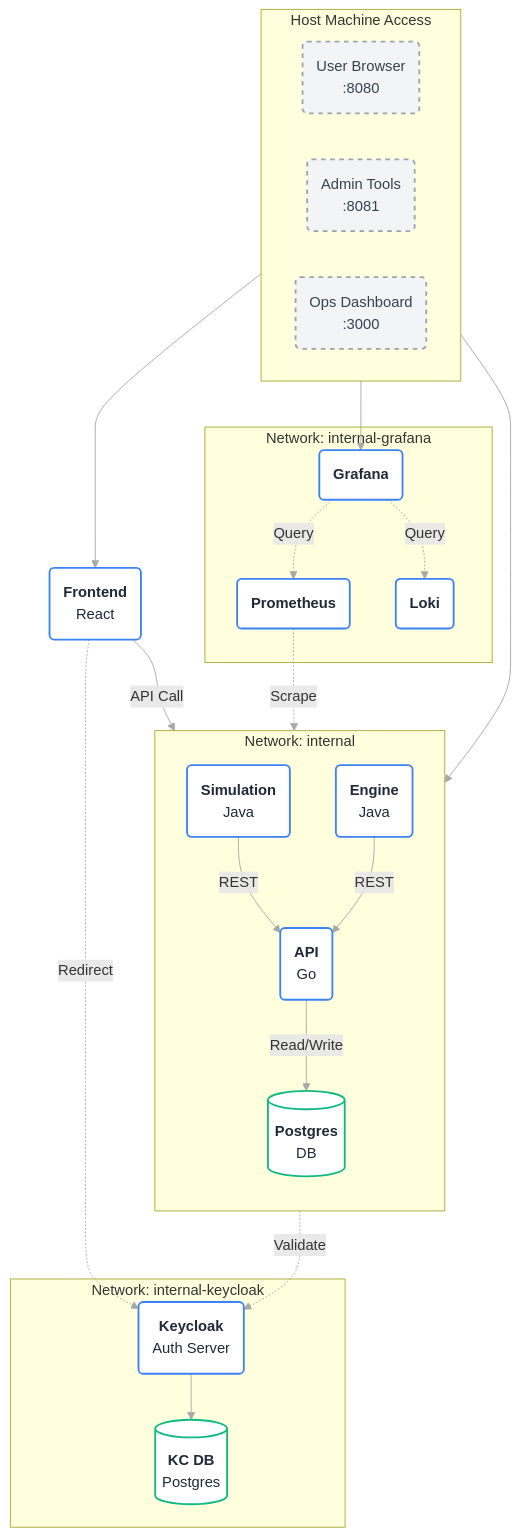
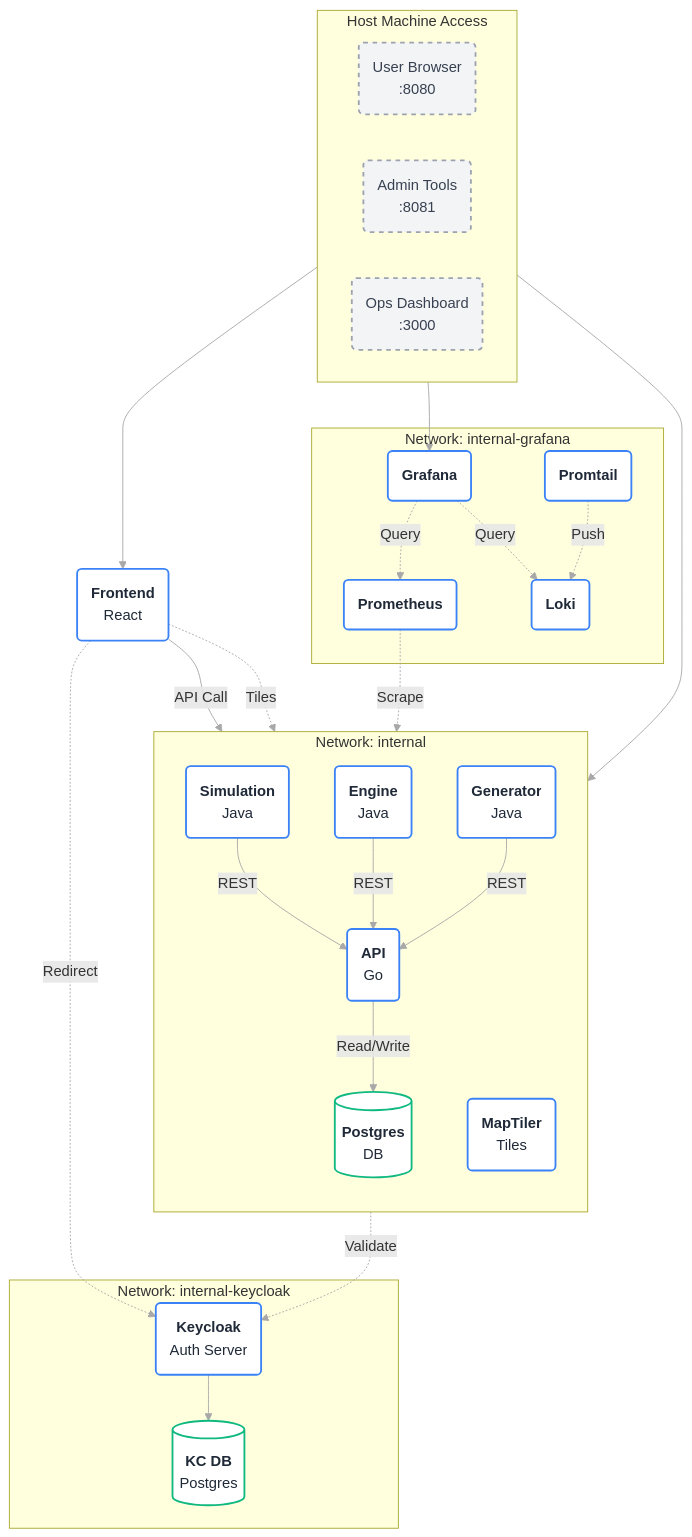
Before and after one commit to loan-mgt/fast-pin-pon: the second of 6 diagrams in README.md, drawn with Mermaid. The commit also changed other lines of this file and 1 other file, not shown here.

````diff
--- a/README.md
+++ b/README.md
@@ -93,59 +93,64 @@
 ```mermaid
 flowchart TD
     linkStyle default stroke:#a8a8a8,stroke-width:1px,fill:none;
     classDef container fill:#ffffff,stroke:#3b82f6,stroke-width:2px,color:#1f2937,rx:5,ry:5;
     classDef db fill:#ffffff,stroke:#10b981,stroke-width:2px,color:#1f2937,rx:5,ry:5;
     classDef ext fill:#f3f4f6,stroke:#9ca3af,stroke-width:2px,stroke-dasharray: 5 5,color:#374151;
 
     %% External Entry Points
     subgraph Host [Host Machine Access]
         direction LR
         P8080(User Browser<br/>:8080):::ext
         P8081(Admin Tools<br/>:8081):::ext
         P3000(Ops Dashboard<br/>:3000):::ext
     end
 
     %% Main Network
     subgraph Net_Int [Network: internal]
         direction TB
         API(<b>API</b><br/>Go):::container
         Sim(<b>Simulation</b><br/>Java):::container
         Engine(<b>Engine</b><br/>Java):::container
+        Gen(<b>Generator</b><br/>Java):::container
+        MapTiler(<b>MapTiler</b><br/>Tiles):::container
         DB[(<b>Postgres</b><br/>DB)]:::db
     end
 
     %% Auth Network
     subgraph Net_KC [Network: internal-keycloak]
         KC(<b>Keycloak</b><br/>Auth Server):::container
         KC_DB[(<b>KC DB</b><br/>Postgres)]:::db
     end
 
     %% Monitoring Network
     subgraph Net_Mon [Network: internal-grafana]
         Graf(<b>Grafana</b>):::container
         Prom(<b>Prometheus</b>):::container
         Loki(<b>Loki</b>):::container
+        Promtail(<b>Promtail</b>):::container
     end
     
     %% UI (Bridge)
     Front(<b>Frontend</b><br/>React):::container
 
     %% Flows & Port Binding
     P8080 --> Front
     P8081 --> API
     P3000 --> Graf
     
     %% Service Communications
     Front -->|API Call| API
     Front -.->|Redirect| KC
+    Front -.->|Tiles| MapTiler
     
     API -->|Read/Write| DB
     API -.->|Validate| KC
     
-    Sim & Engine -->|REST| API
+    Sim & Engine & Gen -->|REST| API
     KC --> KC_DB
     
     %% Observability Links
     Prom -.->|Scrape| API
+    Promtail -.->|Push| Loki
     Graf -.->|Query| Prom & Loki
 ```
````
